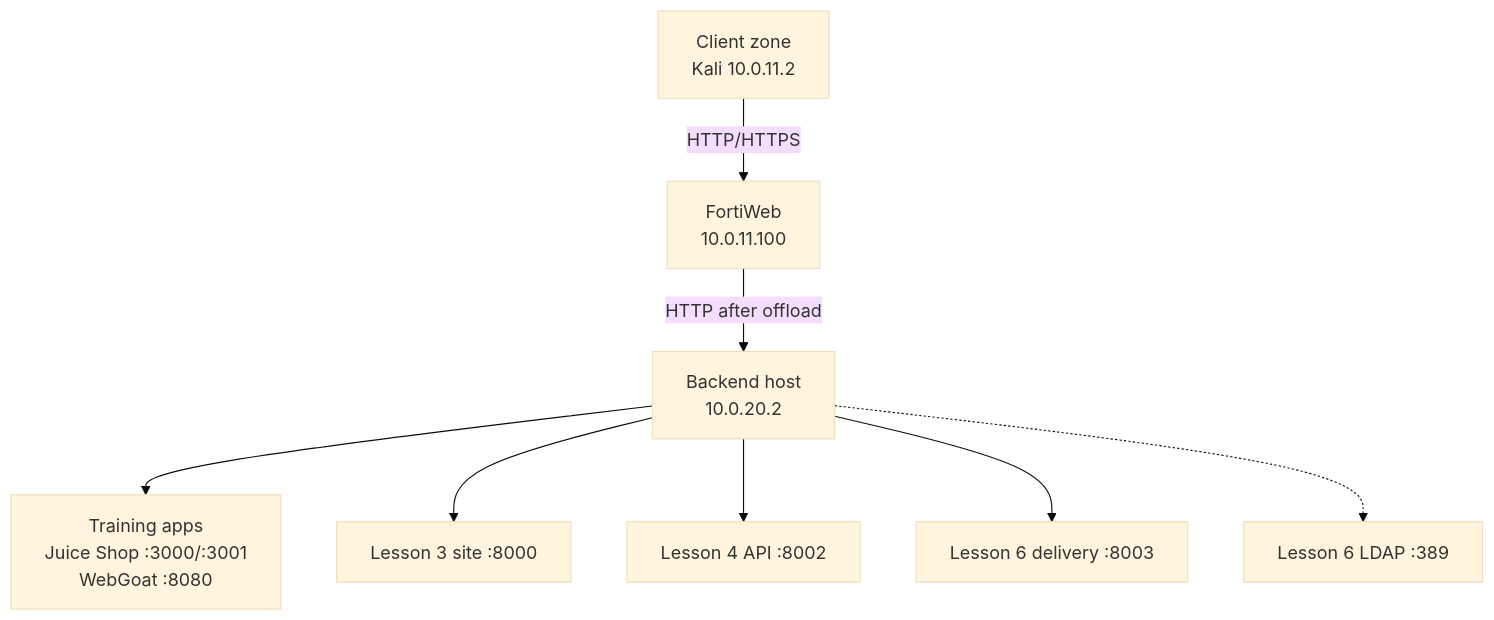
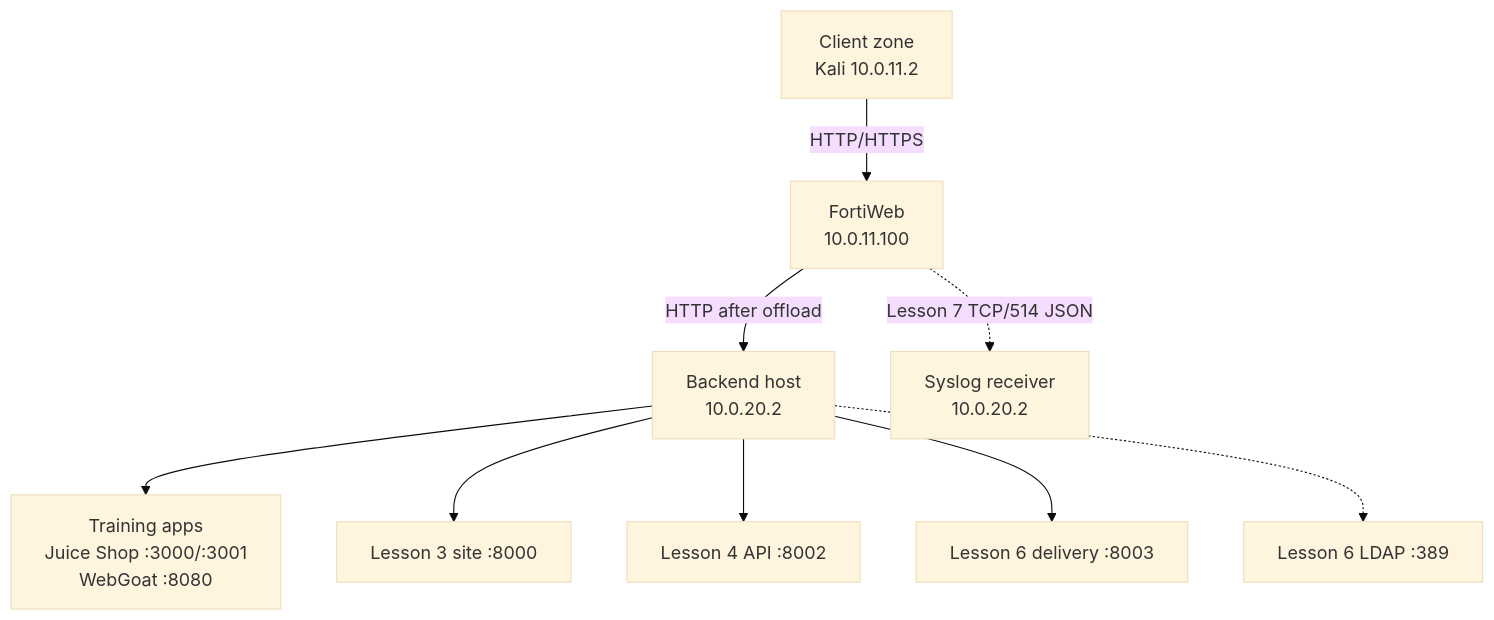
The diagram in docs/architecture.md (abdelrahmanelkady777/fortiweb-waf-security-lab), drawn with Mermaid (base theme) before and after one commit. The commit also changed other lines of this file and 21 other files, not shown here.

````diff
--- a/docs/architecture.md
+++ b/docs/architecture.md
@@ -11,10 +11,11 @@
 ```mermaid
 flowchart TB
     C["Client zone<br/>Kali 10.0.11.2"] -->|"HTTP/HTTPS"| W["FortiWeb<br/>10.0.11.100"]
     W -->|"HTTP after offload"| B["Backend host<br/>10.0.20.2"]
     B --> A1["Training apps<br/>Juice Shop :3000/:3001<br/>WebGoat :8080"]
     B --> A3["Lesson 3 site :8000"]
     B --> A4["Lesson 4 API :8002"]
     B --> A6["Lesson 6 delivery :8003"]
     B -.-> L6["Lesson 6 LDAP :389"]
+    W -.->|"Lesson 7 TCP/514 JSON"| S7["Syslog receiver<br/>10.0.20.2"]
 ```
````
